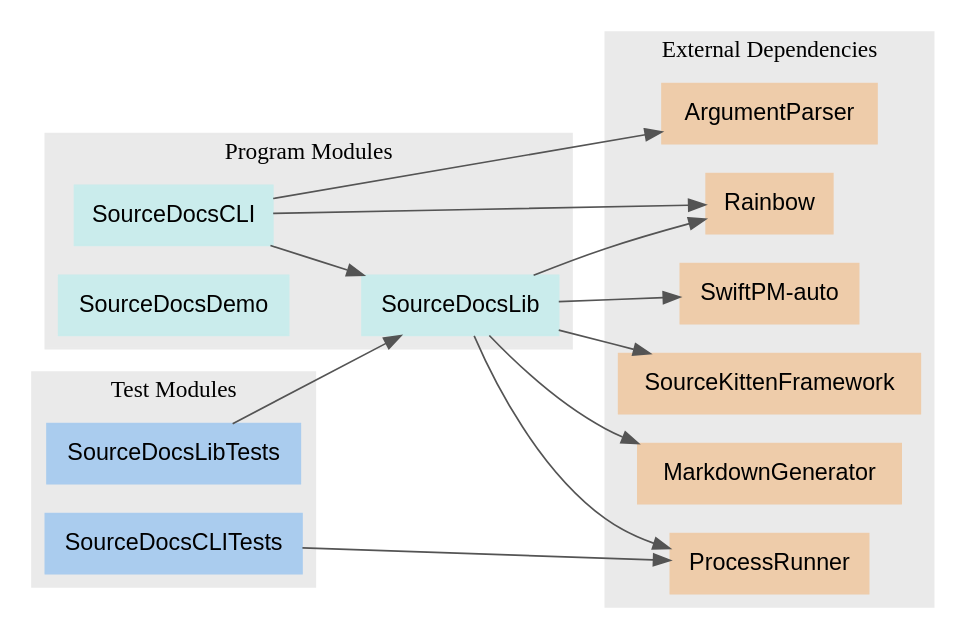
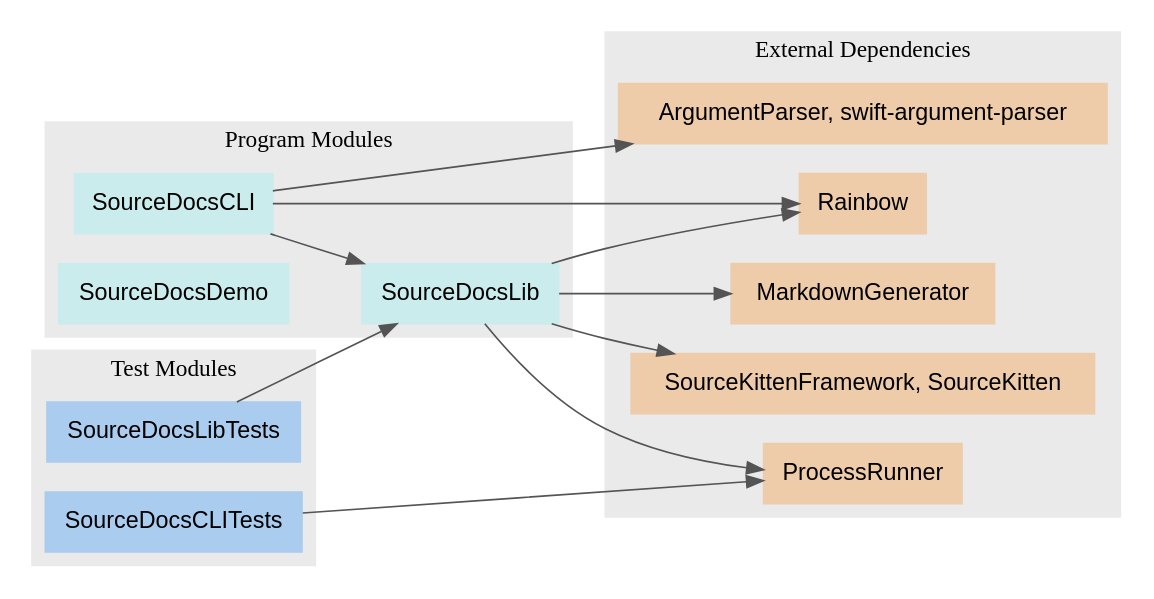
One commit to SourceDocs/SourceDocs changed the diagram in docs/PackageModules.dot. Above: the diagram before and after it, drawn with Graphviz. The commit also changed 21 other files, not shown here.

```diff
--- a/docs/PackageModules.dot
+++ b/docs/PackageModules.dot
@@ -1,41 +1,39 @@
 digraph ModuleDependencyGraph {
     rankdir = LR
     graph [fontname="Helvetica-light", style = filled, color = "#eaeaea"]
     node [shape=box, fontname="Helvetica", style=filled]
     edge [color="#545454"]
 
     subgraph clusterRegular {
         label = "Program Modules"
         node [color="#caecec"]
         "SourceDocsCLI"
         "SourceDocsLib"
         "SourceDocsDemo"
     }
     subgraph clusterTest {
         label = "Test Modules"
         node [color="#aaccee"]
         "SourceDocsCLITests"
         "SourceDocsLibTests"
     }
     subgraph clusterExternal {
         label = "External Dependencies"
         node [color="#eeccaa"]
-        "ArgumentParser"
+        "ArgumentParser, swift-argument-parser"
         "MarkdownGenerator"
         "ProcessRunner"
         "Rainbow"
-        "SourceKittenFramework"
-        "SwiftPM-auto"
+        "SourceKittenFramework, SourceKitten"
     }
 
-    "SourceDocsCLI" -> "ArgumentParser"
+    "SourceDocsCLI" -> "ArgumentParser, swift-argument-parser"
     "SourceDocsCLI" -> "SourceDocsLib"
     "SourceDocsCLI" -> "Rainbow"
-    "SourceDocsLib" -> "SourceKittenFramework"
-    "SourceDocsLib" -> "SwiftPM-auto"
+    "SourceDocsLib" -> "SourceKittenFramework, SourceKitten"
     "SourceDocsLib" -> "MarkdownGenerator"
     "SourceDocsLib" -> "Rainbow"
     "SourceDocsLib" -> "ProcessRunner"
     "SourceDocsCLITests" -> "ProcessRunner"
     "SourceDocsLibTests" -> "SourceDocsLib"
 }
```
